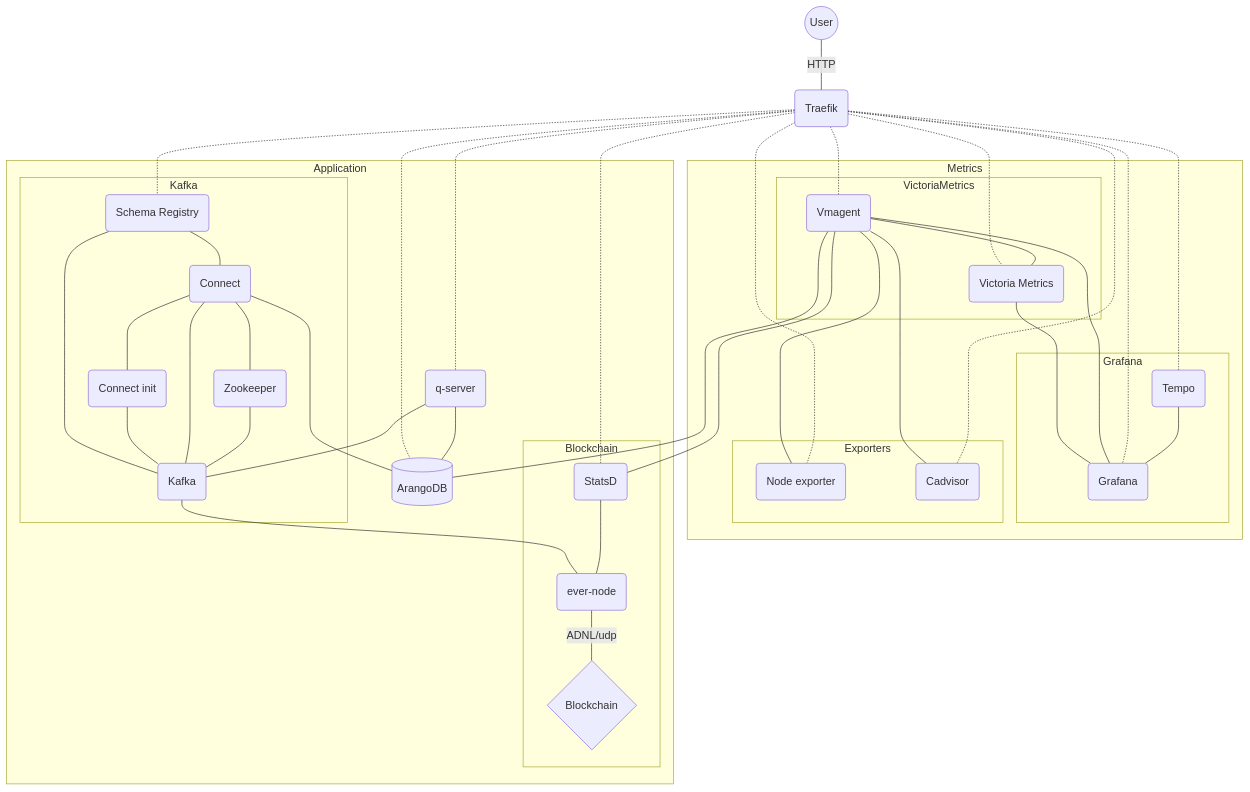
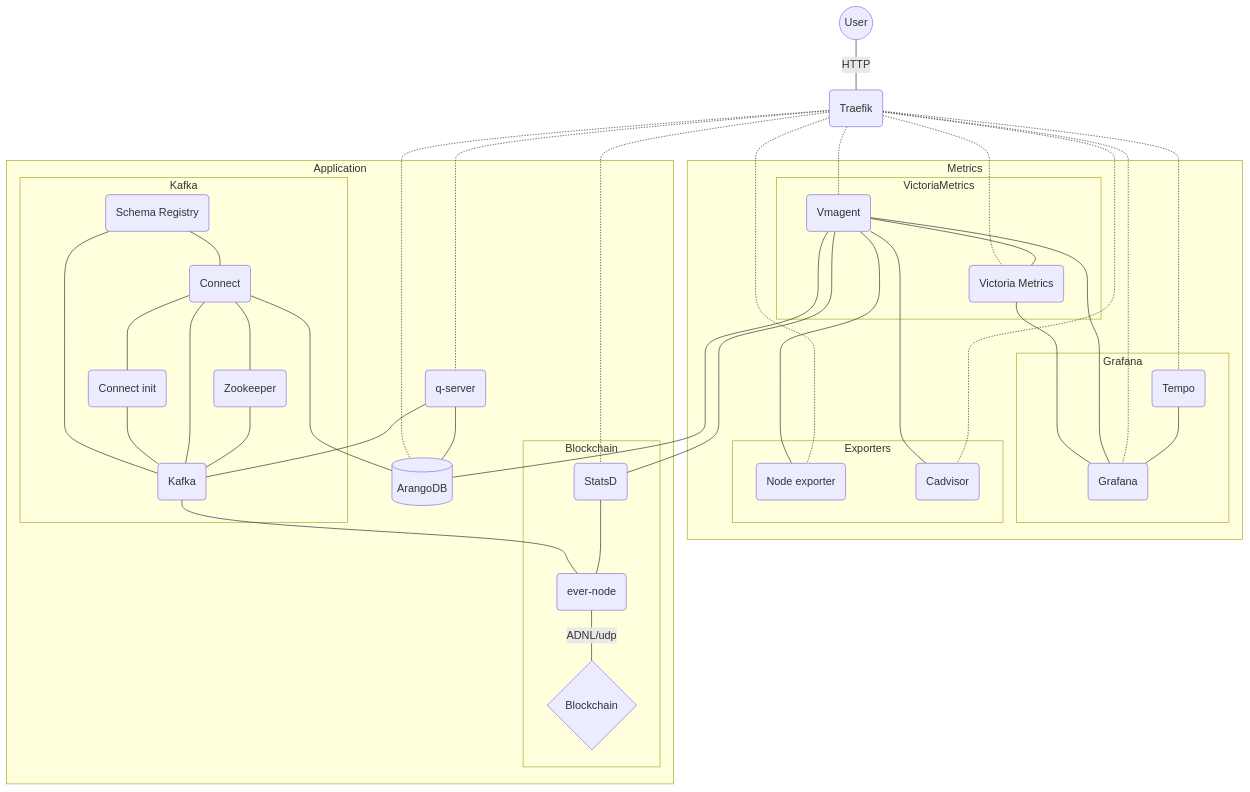
The first of 2 diagrams in README.md (treeton-org/application-server), drawn with Mermaid before and after one commit. The commit also changed other lines of this file and 4 other files, not shown here.

Commit message:
ci: Disconnect schema-registry from traefik

````diff
--- a/README.md
+++ b/README.md
@@ -77,69 +77,69 @@
 ```mermaid
 flowchart TD
     subgraph Metrics
         VictoriaMetrics
         Exporters
         Grafana
     end
 
         subgraph VictoriaMetrics
             vmagent(Vmagent)
             victoria-metrics(Victoria Metrics)
             vmagent---victoria-metrics
         end
 
         subgraph Grafana
             tempo(Tempo)
             grafana(Grafana)
             tempo---grafana
         end
 
         subgraph Exporters
             node-exporter(Node exporter)
             cadvisor(Cadvisor)
         end
 
     subgraph Application
         Kafka
         QueryServer
         Blockchain
     end
 
         subgraph Kafka
             zookeeper(Zookeeper)
             kafka(Kafka)
             schema-registry(Schema Registry)
             connect-init(Connect init)
             connect(Connect)
             zookeeper---kafka
             connect---connect-init & zookeeper & kafka
             connect-init---kafka
             schema-registry---kafka & connect
         end
 
         subgraph QueryServer
             q-server(q-server)
             arangodb[(ArangoDB)]
             q-server---arangodb
         end
         style QueryServer color:transparent,stroke:transparent
 
         subgraph Blockchain
             statsd(StatsD)
             ever-node(ever-node)
             blockchain{Blockchain}
             statsd---ever-node---|ADNL/udp|blockchain
         end
 
 
     user((User))
     traefik(Traefik)
 
     user---|HTTP|traefik
-    traefik-.-arangodb & tempo & schema-registry & vmagent & victoria-metrics & q-server & statsd & node-exporter & cadvisor & grafana
+    traefik-.-arangodb & tempo & vmagent & victoria-metrics & q-server & statsd & node-exporter & cadvisor & grafana
     kafka---ever-node
     connect---arangodb
     q-server---kafka
     vmagent-----grafana & statsd & node-exporter & cadvisor & arangodb
     victoria-metrics---grafana
 ```
````
